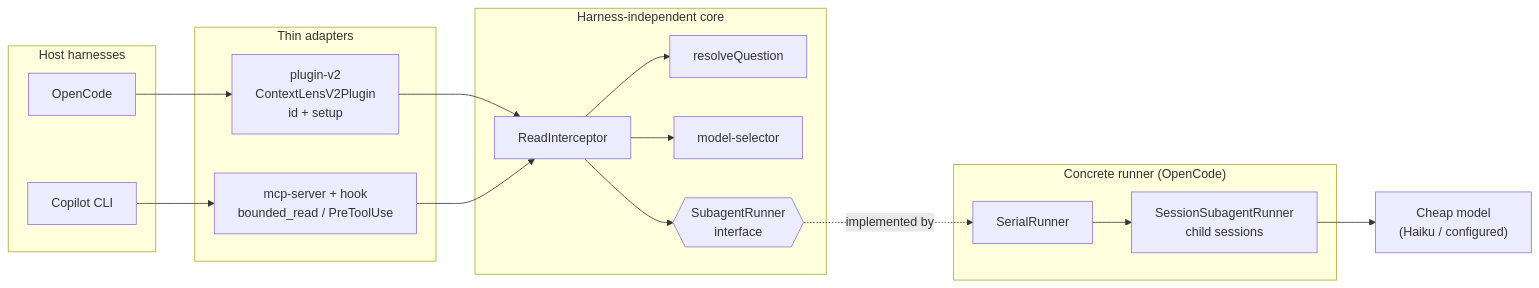
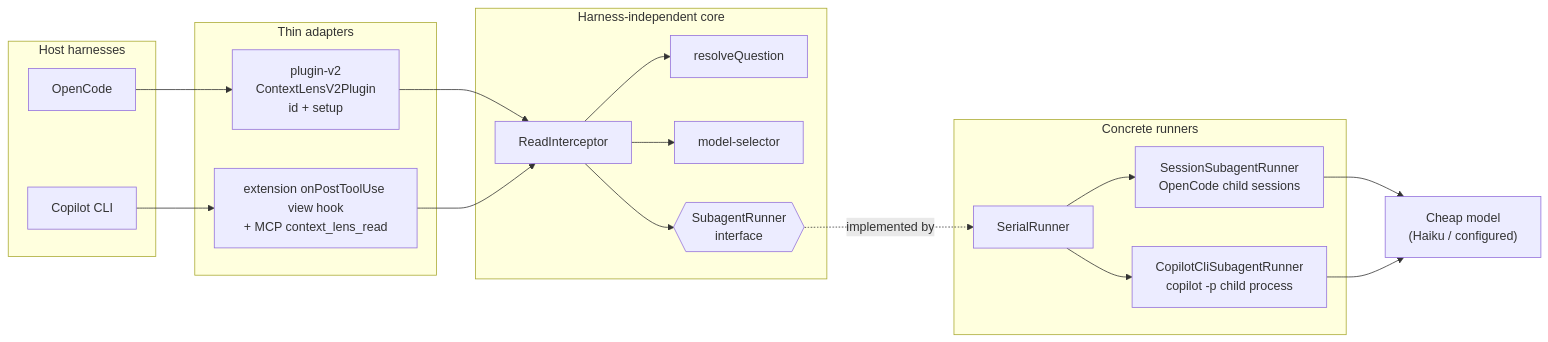
One commit to nagydavid/context-lens changed the first of 2 diagrams in README.md. Above: the diagram before and after it, drawn with Mermaid. The commit also changed other lines of this file and 20 other files, not shown here.

First line of the commit message:
feat: Copilot CLI Integration

````diff
--- a/README.md
+++ b/README.md
@@ -28,34 +28,38 @@
 ```mermaid
 flowchart LR
     subgraph Hosts["Host harnesses"]
         OC["OpenCode"]
         CC["Copilot CLI"]
     end
 
     subgraph Adapters["Thin adapters"]
         OCV2["plugin-v2<br/>ContextLensV2Plugin<br/>id + setup"]
-        CMCP["mcp-server + hook<br/>bounded_read / PreToolUse"]
+        CMCP["extension onPostToolUse view hook<br/>+ MCP context_lens_read"]
     end
 
     subgraph Core["Harness-independent core"]
         RI["ReadInterceptor"]
         Q["resolveQuestion"]
         MS["model-selector"]
         SR{{"SubagentRunner<br/>interface"}}
     end
 
-    subgraph Runner["Concrete runner (OpenCode)"]
-        SS["SessionSubagentRunner<br/>child sessions"]
+    subgraph Runner["Concrete runners"]
+        SS["SessionSubagentRunner<br/>OpenCode child sessions"]
+        CR["CopilotCliSubagentRunner<br/>copilot -p child process"]
         SER["SerialRunner"]
     end
 
     CM["Cheap model<br/>(Haiku / configured)"]
 
     OC --> OCV2 --> RI
     CC --> CMCP --> RI
     RI --> Q
     RI --> MS
     RI --> SR
-    SR -.implemented by.-> SER --> SS
+    SR -.implemented by.-> SER
+    SER --> SS
+    SER --> CR
     SS --> CM
+    CR --> CM
 ```
````
